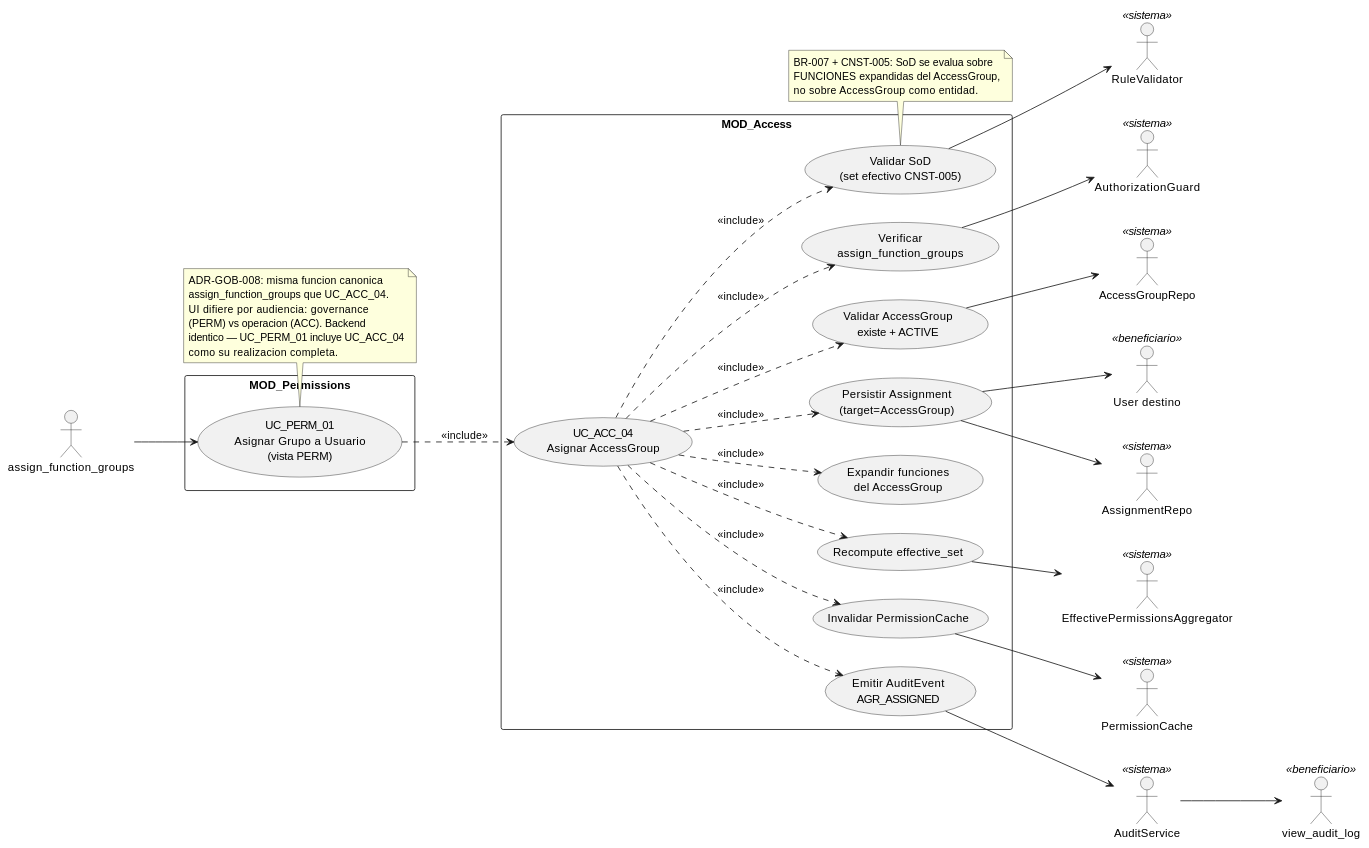
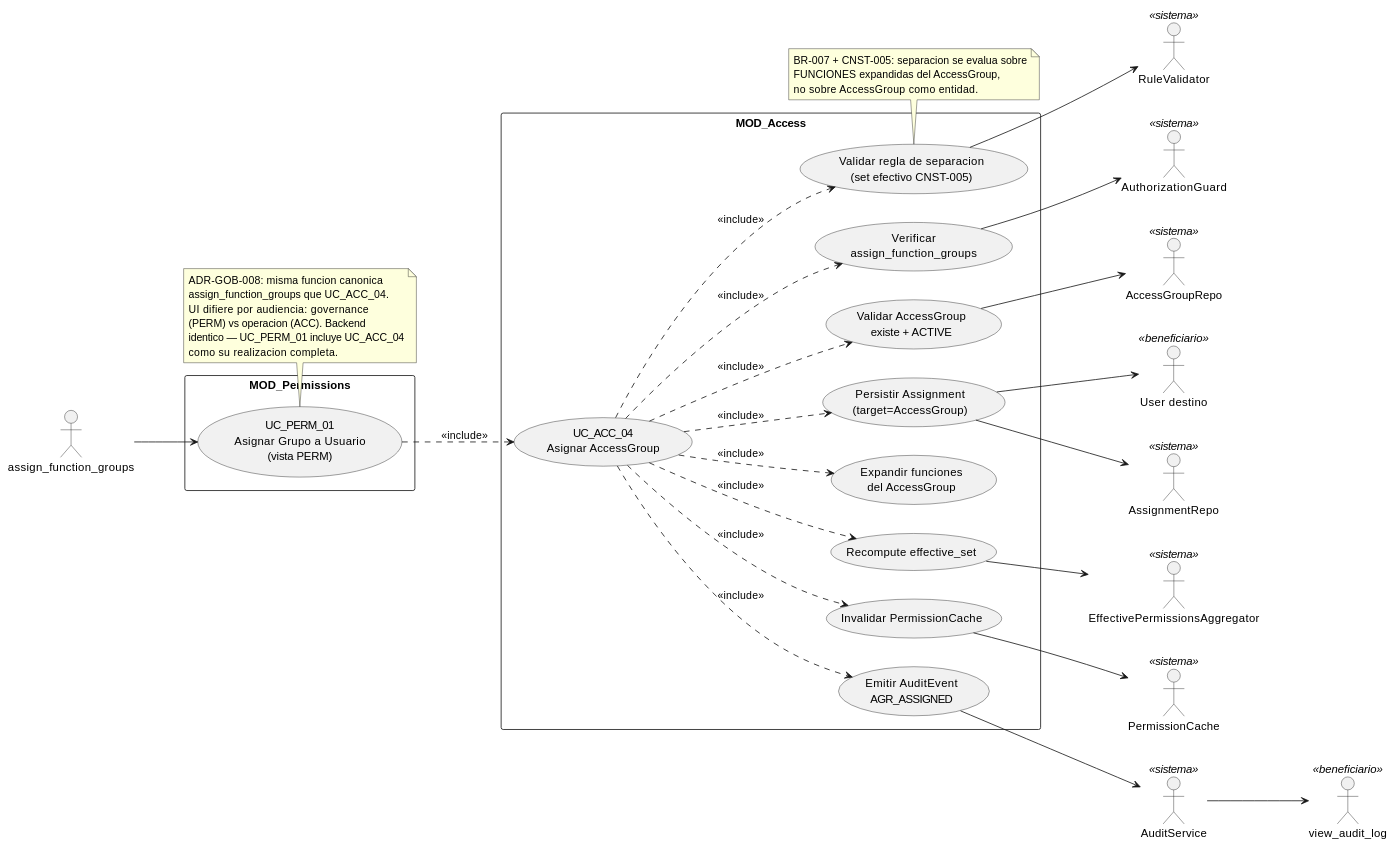
One commit to jcg-admin/IACT-docs changed the diagram in source/arquitectura-tecnica/use-case-view/permissions/uc-perm-01-asignar-grupo-a-usuario.rst. Above: the diagram before and after it, drawn with PlantUML. The commit also changed other lines of this file, not shown here.

Commit message:
Replace SOD identifiers and narrative in uc-perm-01
T-009: Cat-1 + Cat-2 + Cat-3.

Refs: T-009, executor directive 'no Sod'

```diff
--- a/source/arquitectura-tecnica/use-case-view/permissions/uc-perm-01-asignar-grupo-a-usuario.rst
+++ b/source/arquitectura-tecnica/use-case-view/permissions/uc-perm-01-asignar-grupo-a-usuario.rst
@@ -26,72 +26,72 @@
 .. uml::
  :caption: UC_PERM_01 — vista PERM de UC_ACC_04.
 
  @startuml
 
  left to right direction
 
  actor "assign_function_groups" as assign_function_groups
  actor "User destino" as User_destino <<beneficiario>>
  actor "view_audit_log" as view_audit_log <<beneficiario>>
  actor "AuthorizationGuard" as AuthorizationGuard <<sistema>>
  actor "AssignmentRepo" as AssignmentRepo <<sistema>>
  actor "AccessGroupRepo" as AccessGroupRepo <<sistema>>
  actor "RuleValidator" as RuleValidator <<sistema>>
  actor "EffectivePermissionsAggregator" as EffectivePermissionsAggregator <<sistema>>
  actor "PermissionCache" as PermissionCache <<sistema>>
  actor "AuditService" as AuditService <<sistema>>
 
  rectangle "MOD_Permissions" {
    usecase "UC_PERM_01\nAsignar Grupo a Usuario\n(vista PERM)" as UC_PERM_01
  }
 
  rectangle "MOD_Access" {
    usecase "UC_ACC_04\nAsignar AccessGroup" as UC_ACC_04
    usecase "Verificar\nassign_function_groups" as VERIFICAR_AGR
    usecase "Validar AccessGroup\nexiste + ACTIVE" as VALIDAR_AGR_ENTITY
    usecase "Expandir funciones\ndel AccessGroup" as EXPANDIR
-   usecase "Validar SoD\n(set efectivo CNST-005)" as VALIDAR_SOD
+   usecase "Validar regla de separacion\n(set efectivo CNST-005)" as VALIDAR_SEPARATION_RULES
    usecase "Persistir Assignment\n(target=AccessGroup)" as PERSISTIR
    usecase "Recompute effective_set" as RECALC
    usecase "Invalidar PermissionCache" as INVALIDAR
    usecase "Emitir AuditEvent\nAGR_ASSIGNED" as AUDITAR
  }
 
  assign_function_groups --> UC_PERM_01
 
  UC_PERM_01 ..> UC_ACC_04 : <<include>>
  UC_ACC_04 ..> VERIFICAR_AGR : <<include>>
  UC_ACC_04 ..> VALIDAR_AGR_ENTITY : <<include>>
  UC_ACC_04 ..> EXPANDIR : <<include>>
- UC_ACC_04 ..> VALIDAR_SOD : <<include>>
+ UC_ACC_04 ..> VALIDAR_SEPARATION_RULES : <<include>>
  UC_ACC_04 ..> PERSISTIR : <<include>>
  UC_ACC_04 ..> RECALC : <<include>>
  UC_ACC_04 ..> INVALIDAR : <<include>>
  UC_ACC_04 ..> AUDITAR : <<include>>
 
  VERIFICAR_AGR --> AuthorizationGuard
  VALIDAR_AGR_ENTITY --> AccessGroupRepo
- VALIDAR_SOD --> RuleValidator
+ VALIDAR_SEPARATION_RULES --> RuleValidator
  PERSISTIR --> AssignmentRepo
  RECALC --> EffectivePermissionsAggregator
  INVALIDAR --> PermissionCache
  AUDITAR --> AuditService
  PERSISTIR --> User_destino
  AuditService --> view_audit_log
 
  note bottom of UC_PERM_01
    ADR-GOB-008: misma funcion canonica
    assign_function_groups que UC_ACC_04.
    UI difiere por audiencia: governance
    (PERM) vs operacion (ACC). Backend
    identico — UC_PERM_01 incluye UC_ACC_04
    como su realizacion completa.
  end note
 
- note bottom of VALIDAR_SOD
-   BR-007 + CNST-005: SoD se evalua sobre
+ note bottom of VALIDAR_SEPARATION_RULES
+   BR-007 + CNST-005: separacion se evalua sobre
    FUNCIONES expandidas del AccessGroup,
    no sobre AccessGroup como entidad.
  end note
 
  @enduml
```
